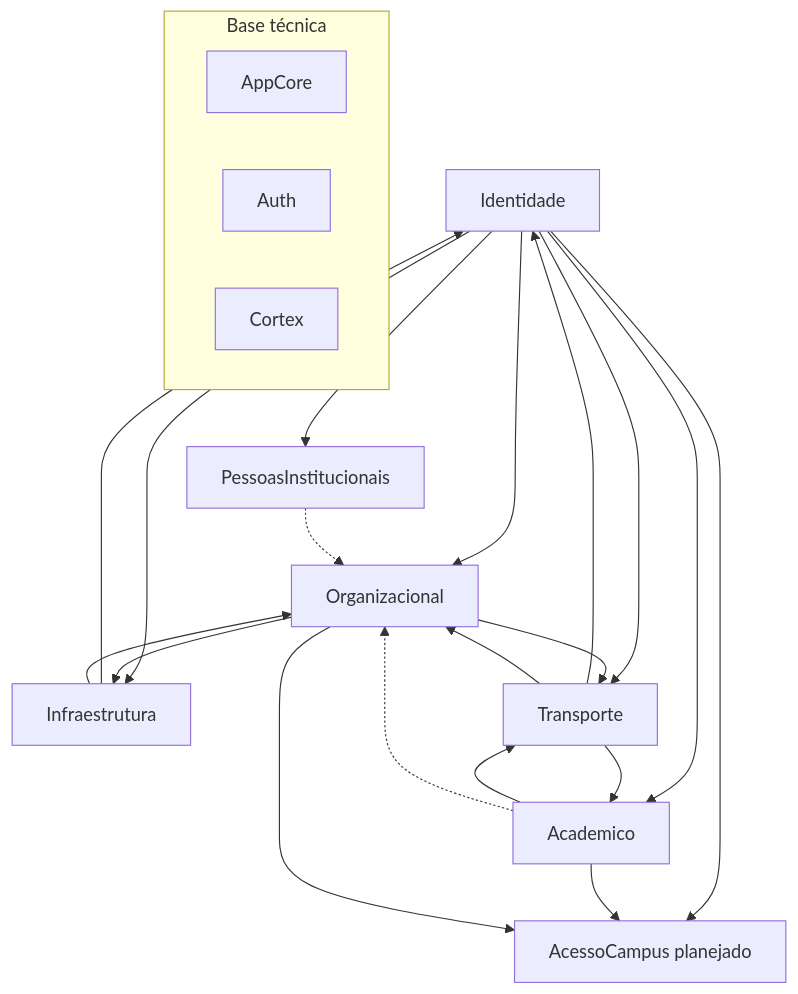
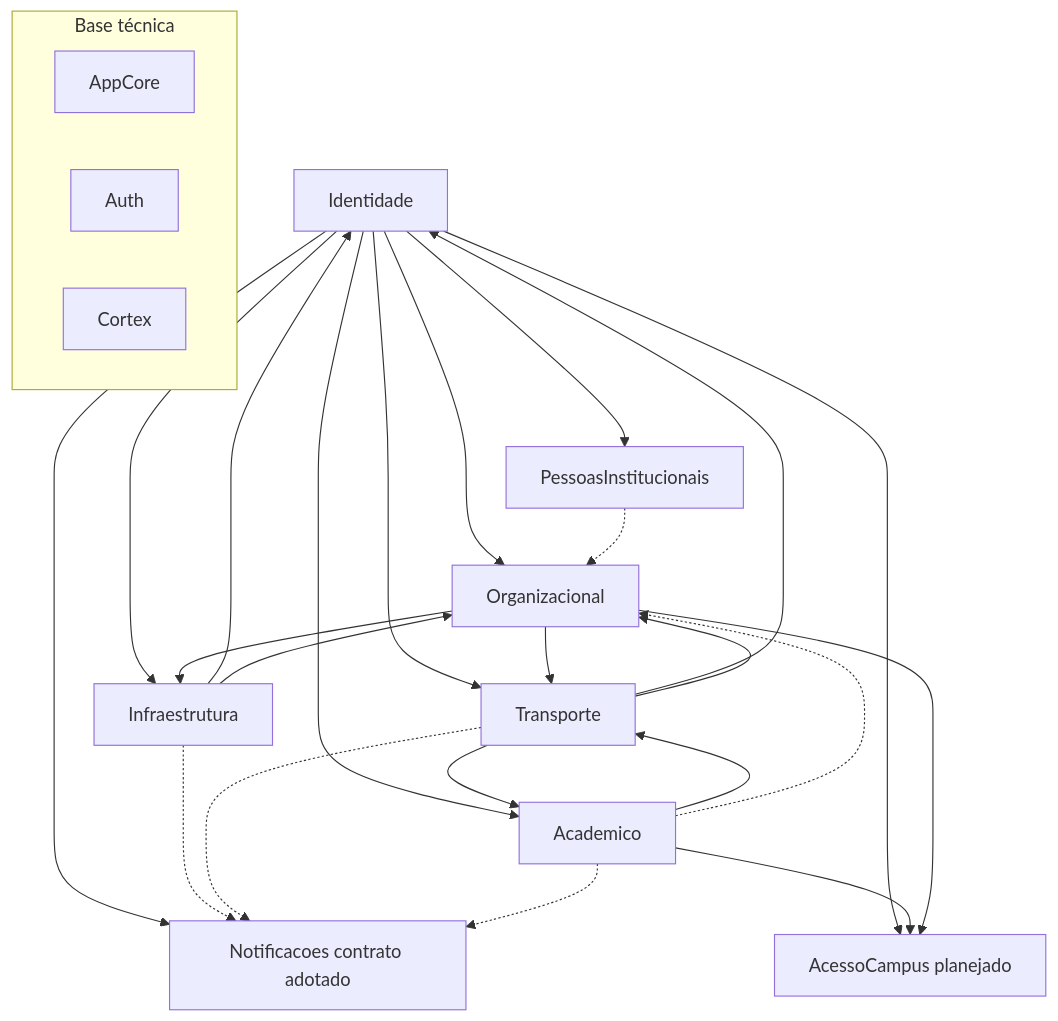
One commit to soareslucas9090/cortex-platform changed the diagram in docs/diagrams/02-bounded-contexts.md. Above: the diagram before and after it, drawn with Mermaid. The commit also changed other lines of this file and 8 other files, not shown here.

````diff
--- a/docs/diagrams/02-bounded-contexts.md
+++ b/docs/diagrams/02-bounded-contexts.md
@@ -364,32 +405,37 @@
 ```mermaid
 flowchart TB
   subgraph base [Base técnica]
     AppCore
     Auth
     Cortex
   end
 
   Identidade --> Organizacional
   Identidade --> PessoasInstitucionais
   Identidade --> Academico
   Identidade --> Infraestrutura
   Identidade --> Transporte
+  Identidade --> NotificacoesContrato[Notificacoes contrato adotado]
 
   Organizacional --> Infraestrutura
   Organizacional --> Transporte
 
   PessoasInstitucionais -.-> Organizacional
   Academico --> Transporte
   Academico -.-> Organizacional
 
   Infraestrutura --> Identidade
   Infraestrutura --> Organizacional
 
   Transporte --> Identidade
   Transporte --> Academico
   Transporte --> Organizacional
 
+  Infraestrutura -.-> NotificacoesContrato
+  Transporte -.-> NotificacoesContrato
+  Academico -.-> NotificacoesContrato
+
   Identidade --> AcessoCampusPlanejado[AcessoCampus planejado]
   Academico --> AcessoCampusPlanejado
   Organizacional --> AcessoCampusPlanejado
 ```
````
